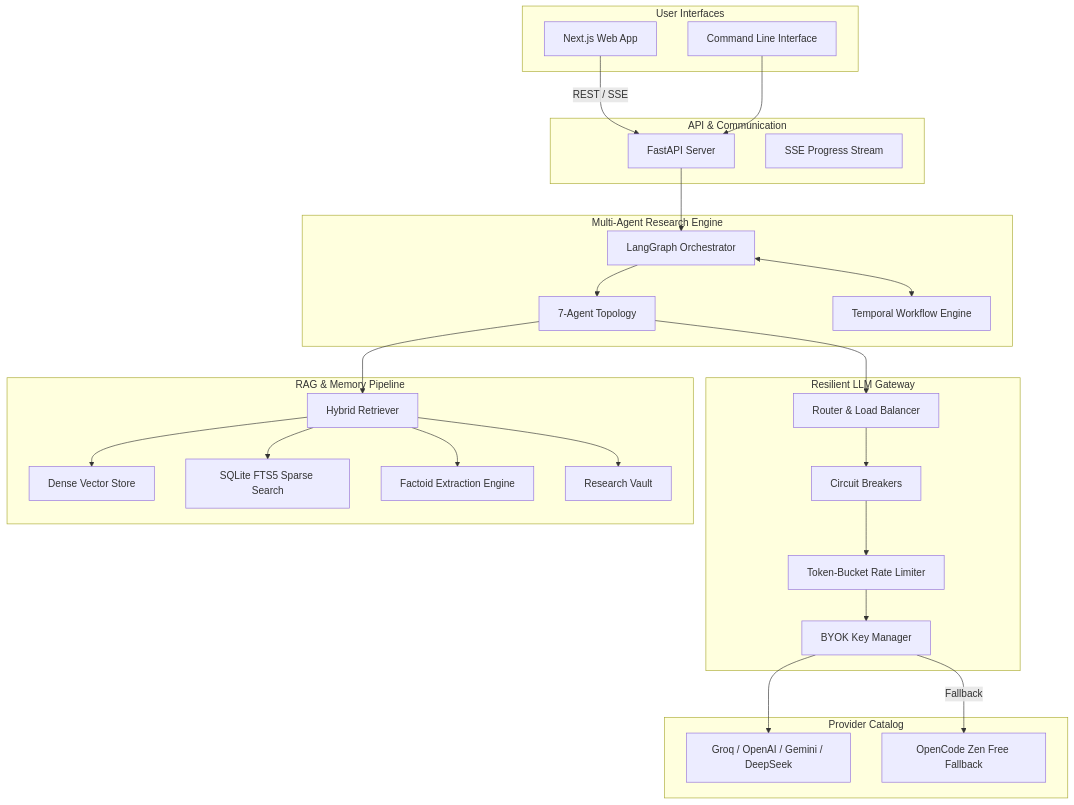
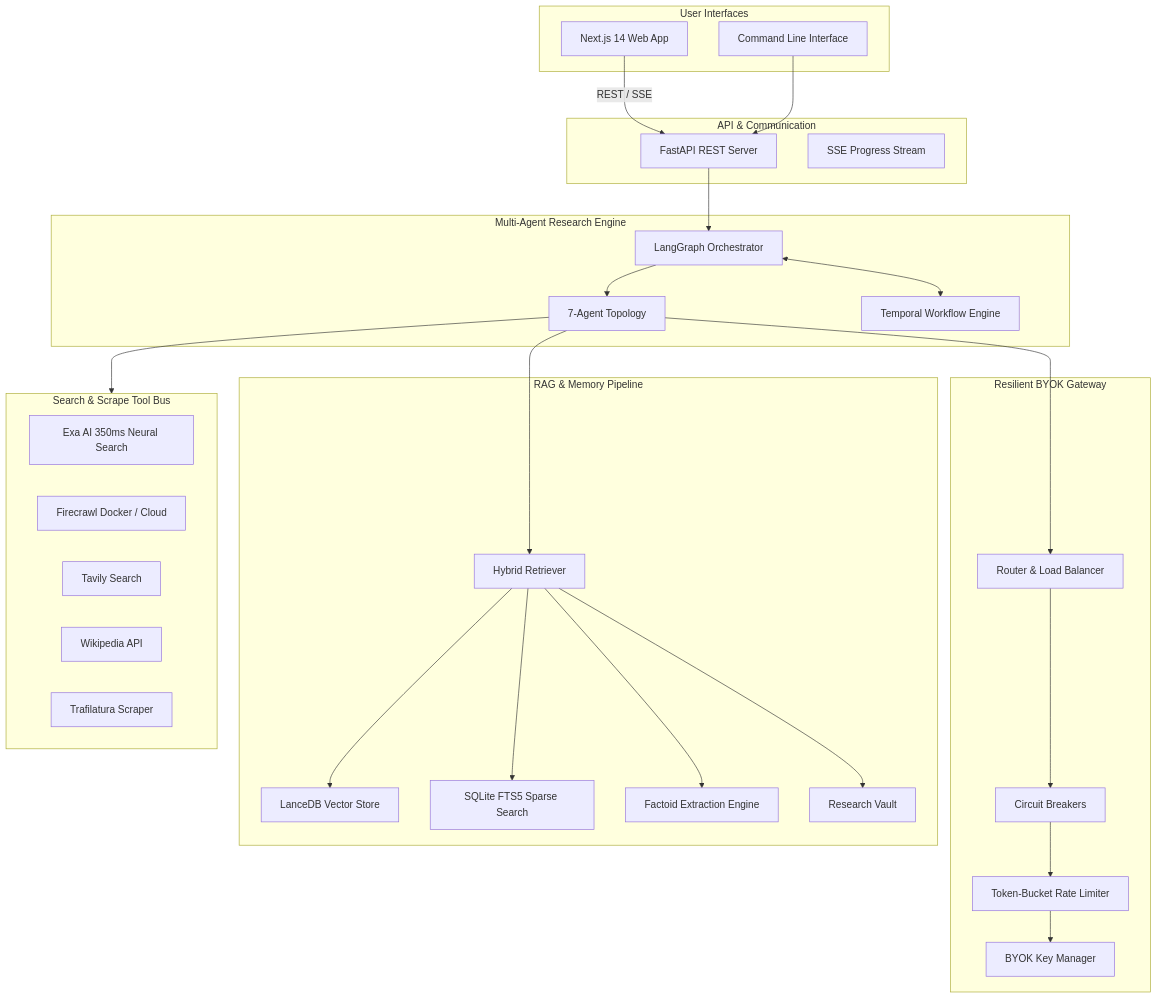
Before and after one commit to sarv-projects/Autonomous-Research-Agent: the first of 2 diagrams in README.md, drawn with Mermaid. The commit also changed other lines of this file, not shown here.

Commit message:
docs: revamp README.md into high-visibility popular open-source repository style

````diff
--- a/README.md
+++ b/README.md
@@ -132,53 +150,55 @@
 ```mermaid
 graph TB
     subgraph Clients[" User Interfaces "]
-        UI[Next.js Web App]
+        UI[Next.js 14 Web App]
         CLI[Command Line Interface]
     end
 
     subgraph API_Layer[" API & Communication "]
-        API[FastAPI Server]
+        API[FastAPI REST Server]
         SSE[SSE Progress Stream]
     end
 
     subgraph Core_Engine[" Multi-Agent Research Engine "]
         Graph[LangGraph Orchestrator]
         Agents[7-Agent Topology]
         Temporal[Temporal Workflow Engine]
     end
 
-    subgraph Resiliency[" Resilient LLM Gateway "]
+    subgraph Resiliency[" Resilient BYOK Gateway "]
         Gateway[Router & Load Balancer]
         Circuit[Circuit Breakers]
         RateLimit[Token-Bucket Rate Limiter]
         Keys[BYOK Key Manager]
     end
 
     subgraph Knowledge[" RAG & Memory Pipeline "]
         Hybrid[Hybrid Retriever]
-        Dense[Dense Vector Store]
+        Dense[LanceDB Vector Store]
         FTS[SQLite FTS5 Sparse Search]
         Factoid[Factoid Extraction Engine]
         Vault[Research Vault]
     end
 
-    subgraph Providers[" Provider Catalog "]
-        Paid[Groq / OpenAI / Gemini / DeepSeek]
-        Free[OpenCode Zen Free Fallback]
+    subgraph Tools[" Search & Scrape Tool Bus "]
+        Exa[Exa AI 350ms Neural Search]
+        Firecrawl[Firecrawl Docker / Cloud]
+        Tavily[Tavily Search]
+        Wiki[Wikipedia API]
+        Scraper[Trafilatura Scraper]
     end
 
     UI -->|REST / SSE| API
     CLI --> API
     API --> Graph
     Graph --> Agents
     Graph <--> Temporal
     Agents --> Gateway
     Gateway --> Circuit --> RateLimit --> Keys
-    Keys --> Paid
-    Keys -->|Fallback| Free
+    Agents --> Tools
     Agents --> Hybrid
     Hybrid --> Dense
     Hybrid --> FTS
     Hybrid --> Factoid
     Hybrid --> Vault
 ```
````
